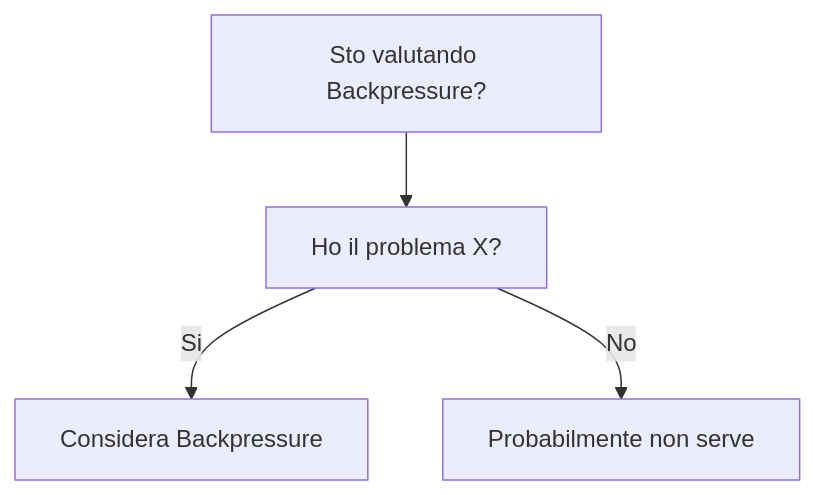
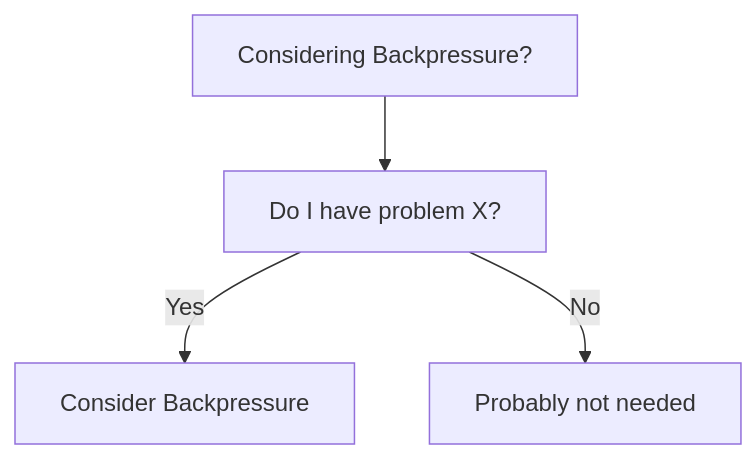
One commit to HxT9/Software-Dev-Wiki changed the diagram in dev-wiki/23_Resilience_Engineering/Backpressure/When_To_Use.md. Above: the diagram before and after it, drawn with Mermaid. The commit also changed other lines of this file and 3444 other files, not shown here.

````diff
--- a/dev-wiki/23_Resilience_Engineering/Backpressure/When_To_Use.md
+++ b/dev-wiki/23_Resilience_Engineering/Backpressure/When_To_Use.md
@@ -19,6 +19,6 @@
 ```mermaid
 flowchart TD
-  Q[Sto valutando Backpressure?] --> Q1[Ho il problema X?]
-  Q1 -->|Si| OK[Considera Backpressure]
-  Q1 -->|No| NO[Probabilmente non serve]
+  Q[Considering Backpressure?] --> Q1[Do I have problem X?]
+  Q1 -->|Yes| OK[Consider Backpressure]
+  Q1 -->|No| NO[Probably not needed]
 ```
````
